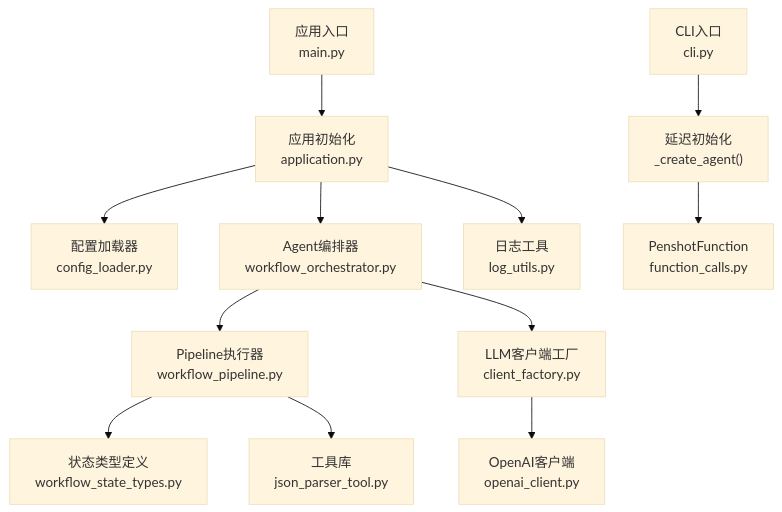
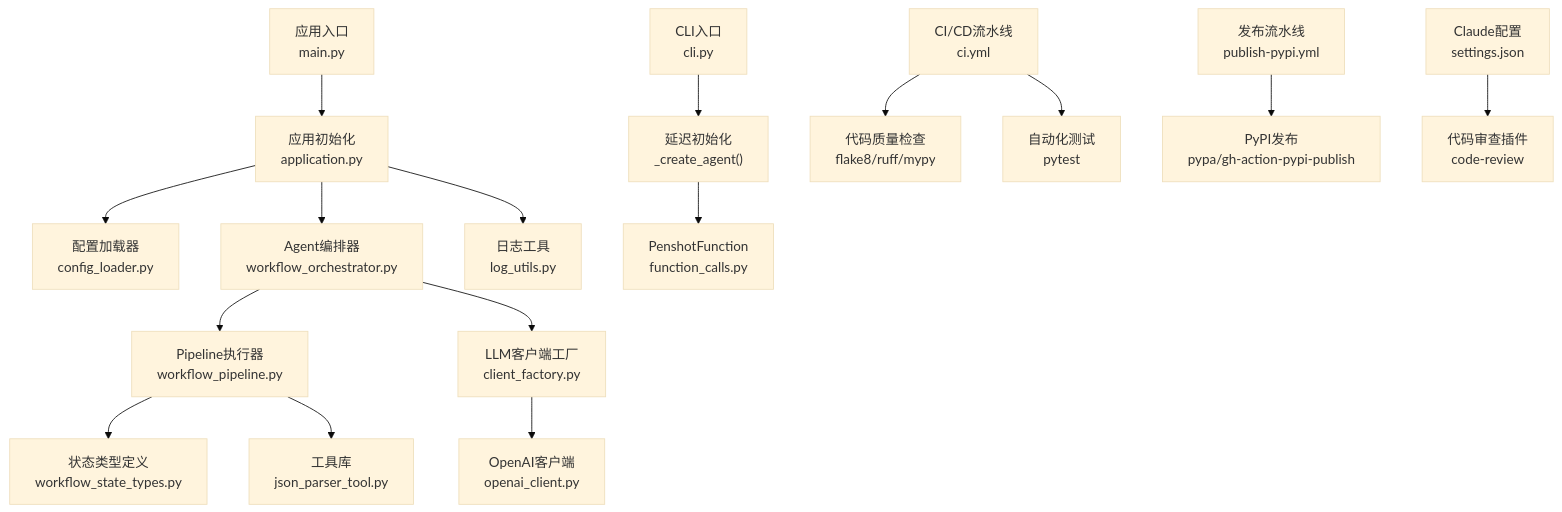
Before and after one commit to HengLine/tool-shot-agent: the first of 10 diagrams in .qoder/repowiki/zh/content/开发指南/开发指南.md, drawn with Mermaid (base theme). The commit also changed other lines of this file and 9 other files, not shown here.

````diff
--- a/.qoder/repowiki/zh/content/开发指南/开发指南.md
+++ b/.qoder/repowiki/zh/content/开发指南/开发指南.md
@@ -75,14 +88,18 @@
 ```mermaid
 graph TB
 A["应用入口<br/>main.py"] --> B["应用初始化<br/>application.py"]
 B --> C["配置加载器<br/>config_loader.py"]
 B --> D["Agent编排器<br/>workflow_orchestrator.py"]
 D --> E["Pipeline执行器<br/>workflow_pipeline.py"]
 E --> F["状态类型定义<br/>workflow_state_types.py"]
 D --> G["LLM客户端工厂<br/>client_factory.py"]
 G --> H["OpenAI客户端<br/>openai_client.py"]
 E --> I["工具库<br/>json_parser_tool.py"]
 B --> J["日志工具<br/>log_utils.py"]
 K["CLI入口<br/>cli.py"] --> L["延迟初始化<br/>_create_agent()"]
 L --> M["PenshotFunction<br/>function_calls.py"]
+N["CI/CD流水线<br/>ci.yml"] --> O["代码质量检查<br/>flake8/ruff/mypy"]
+N --> P["自动化测试<br/>pytest"]
+Q["发布流水线<br/>publish-pypi.yml"] --> R["PyPI发布<br/>pypa/gh-action-pypi-publish"]
+S["Claude配置<br/>settings.json"] --> T["代码审查插件<br/>code-review"]
 ```
````
